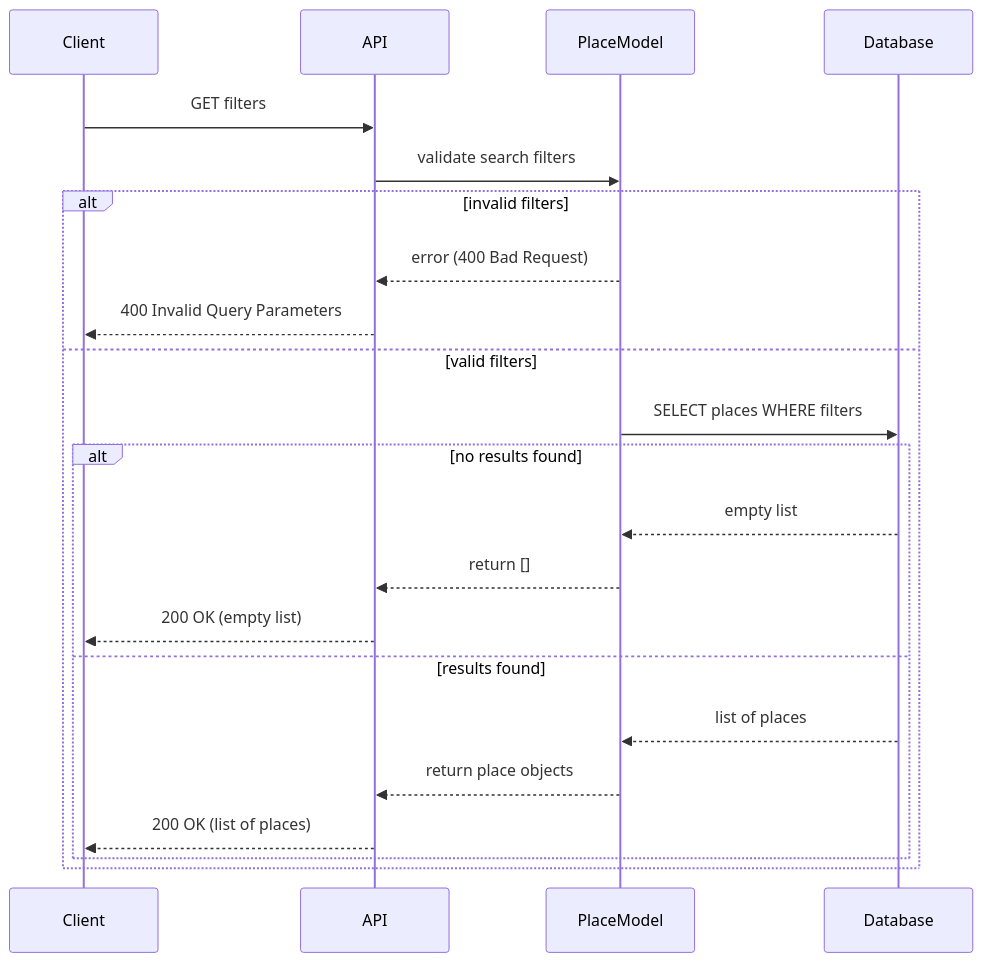
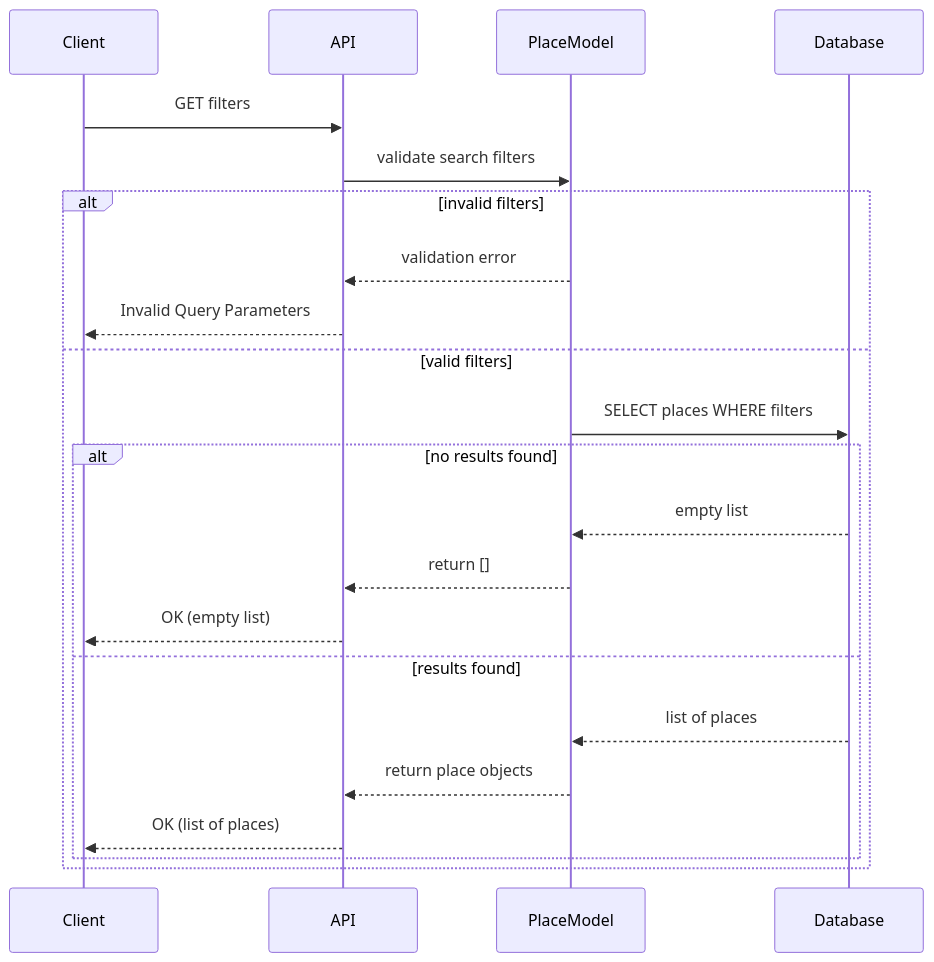
One commit to Krapaud/holbertonschool-hbnb changed the diagram in part1/sequence_api_call_request_list.mmd. Above: the diagram before and after it, drawn with Mermaid. The commit also changed 42 other files, not shown here.

```diff
--- a/part1/sequence_api_call_request_list.mmd
+++ b/part1/sequence_api_call_request_list.mmd
@@ -1,23 +1,23 @@
 sequenceDiagram
 participant Client
 participant API
 participant PlaceModel
 participant Database
 
 Client->>API: GET filters
 API->>PlaceModel: validate search filters
 alt invalid filters
-    PlaceModel-->>API: error (400 Bad Request)
-    API-->>Client: 400 Invalid Query Parameters
+    PlaceModel-->>API: validation error
+    API-->>Client: Invalid Query Parameters
 else valid filters
     PlaceModel->>Database: SELECT places WHERE filters
     alt no results found
         Database-->>PlaceModel: empty list
         PlaceModel-->>API: return []
-        API-->>Client: 200 OK (empty list)
+        API-->>Client: OK (empty list)
     else results found
         Database-->>PlaceModel: list of places
         PlaceModel-->>API: return place objects
-        API-->>Client: 200 OK (list of places)
+        API-->>Client: OK (list of places)
     end
 end
```
